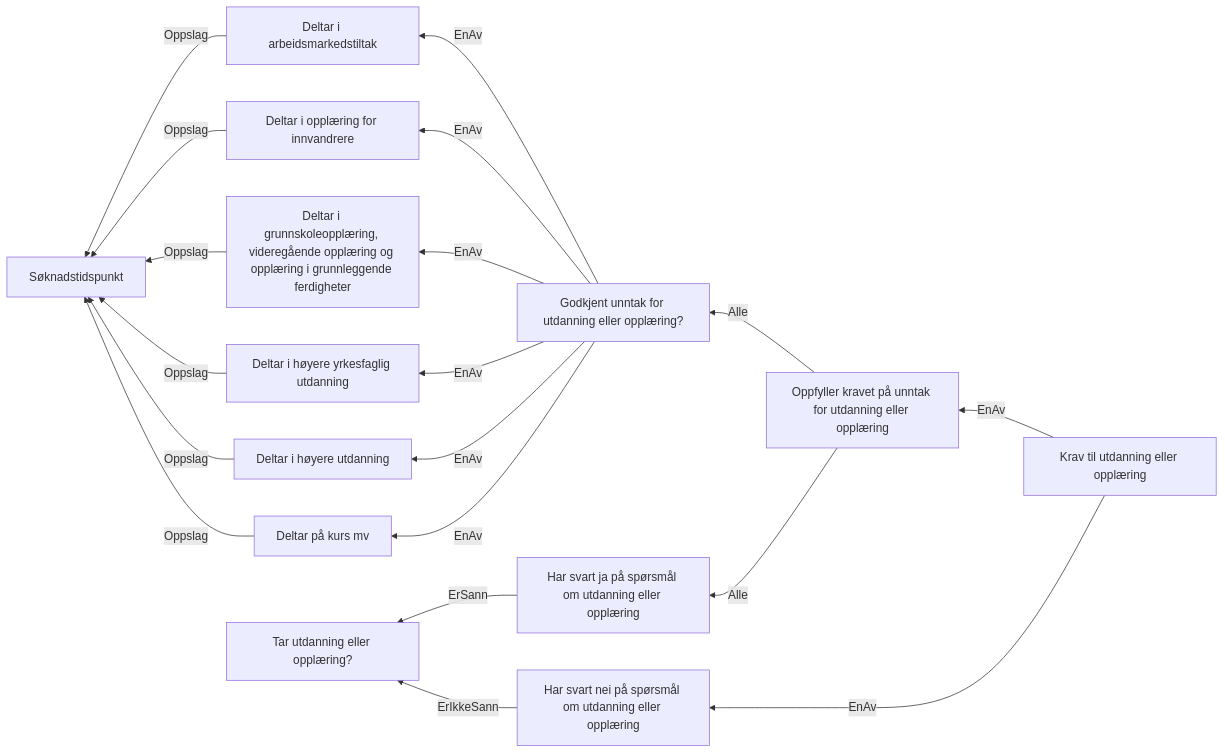
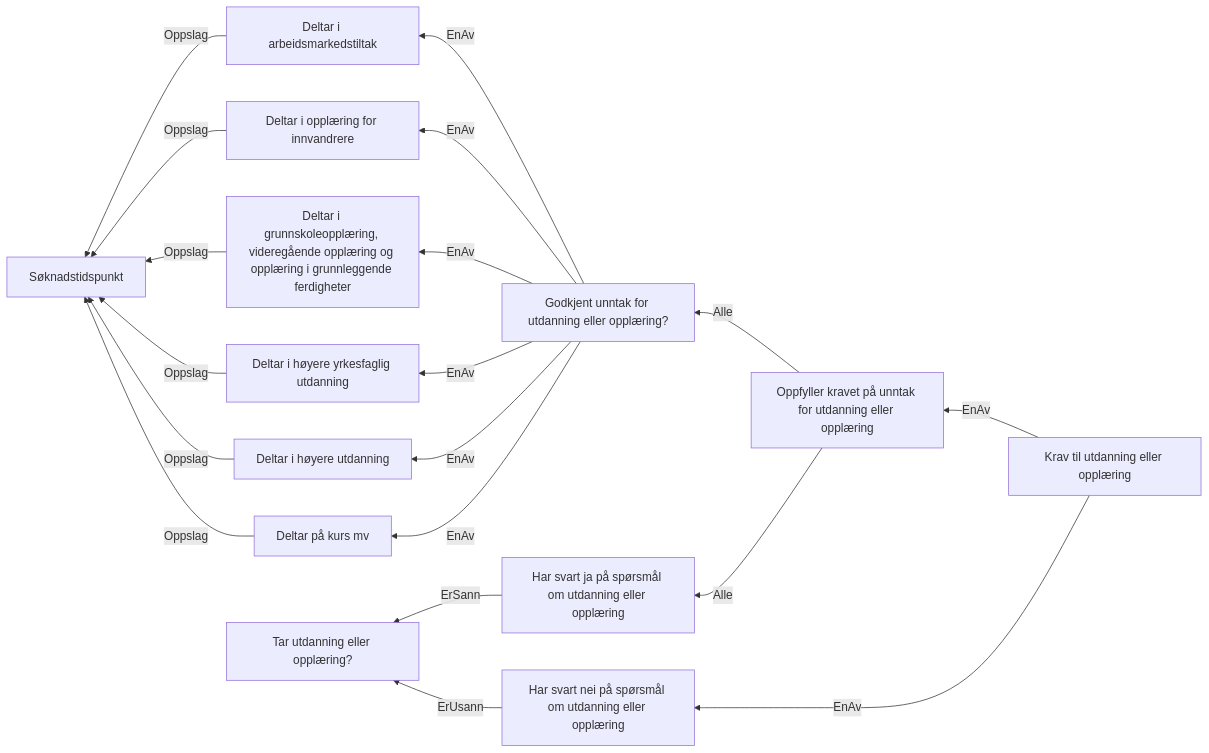
One commit to navikt/dp-vedtak changed the diagram in docs/regler/§ 4-6 Utdanning - første og andre avsnitt.approved.md. Above: the diagram before and after it, drawn with Mermaid. The commit also changed 4 other files, not shown here.

Commit message:
Fjernet ErIkkeSann regel - ErUsann er samme regel.

````diff
--- a/docs/regler/§ 4-6 Utdanning - første og andre avsnitt.approved.md
+++ b/docs/regler/§ 4-6 Utdanning - første og andre avsnitt.approved.md
@@ -5,21 +5,21 @@
 ```mermaid
 graph RL
   A["Deltar i arbeidsmarkedstiltak"] -->|"Oppslag"| B["Søknadstidspunkt"]
   C["Deltar i opplæring for innvandrere"] -->|"Oppslag"| B["Søknadstidspunkt"]
   D["Deltar i grunnskoleopplæring, videregående opplæring og opplæring i grunnleggende ferdigheter"] -->|"Oppslag"| B["Søknadstidspunkt"]
   E["Deltar i høyere yrkesfaglig utdanning"] -->|"Oppslag"| B["Søknadstidspunkt"]
   F["Deltar i høyere utdanning"] -->|"Oppslag"| B["Søknadstidspunkt"]
   G["Deltar på kurs mv"] -->|"Oppslag"| B["Søknadstidspunkt"]
   H["Godkjent unntak for utdanning eller opplæring?"] -->|"EnAv"| A["Deltar i arbeidsmarkedstiltak"]
   H["Godkjent unntak for utdanning eller opplæring?"] -->|"EnAv"| C["Deltar i opplæring for innvandrere"]
   H["Godkjent unntak for utdanning eller opplæring?"] -->|"EnAv"| D["Deltar i grunnskoleopplæring, videregående opplæring og opplæring i grunnleggende ferdigheter"]
   H["Godkjent unntak for utdanning eller opplæring?"] -->|"EnAv"| E["Deltar i høyere yrkesfaglig utdanning"]
   H["Godkjent unntak for utdanning eller opplæring?"] -->|"EnAv"| F["Deltar i høyere utdanning"]
   H["Godkjent unntak for utdanning eller opplæring?"] -->|"EnAv"| G["Deltar på kurs mv"]
   I["Har svart ja på spørsmål om utdanning eller opplæring"] -->|"ErSann"| J["Tar utdanning eller opplæring?"]
-  K["Har svart nei på spørsmål om utdanning eller opplæring"] -->|"ErIkkeSann"| J["Tar utdanning eller opplæring?"]
+  K["Har svart nei på spørsmål om utdanning eller opplæring"] -->|"ErUsann"| J["Tar utdanning eller opplæring?"]
   L["Oppfyller kravet på unntak for utdanning eller opplæring"] -->|"Alle"| I["Har svart ja på spørsmål om utdanning eller opplæring"]
   L["Oppfyller kravet på unntak for utdanning eller opplæring"] -->|"Alle"| H["Godkjent unntak for utdanning eller opplæring?"]
   M["Krav til utdanning eller opplæring"] -->|"EnAv"| L["Oppfyller kravet på unntak for utdanning eller opplæring"]
   M["Krav til utdanning eller opplæring"] -->|"EnAv"| K["Har svart nei på spørsmål om utdanning eller opplæring"]
 ```
````
